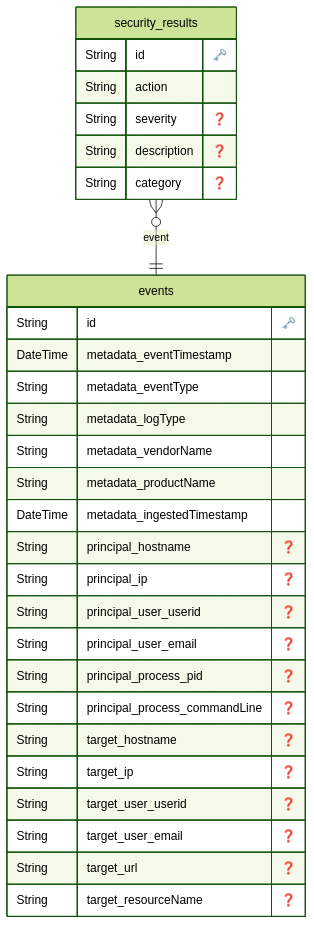
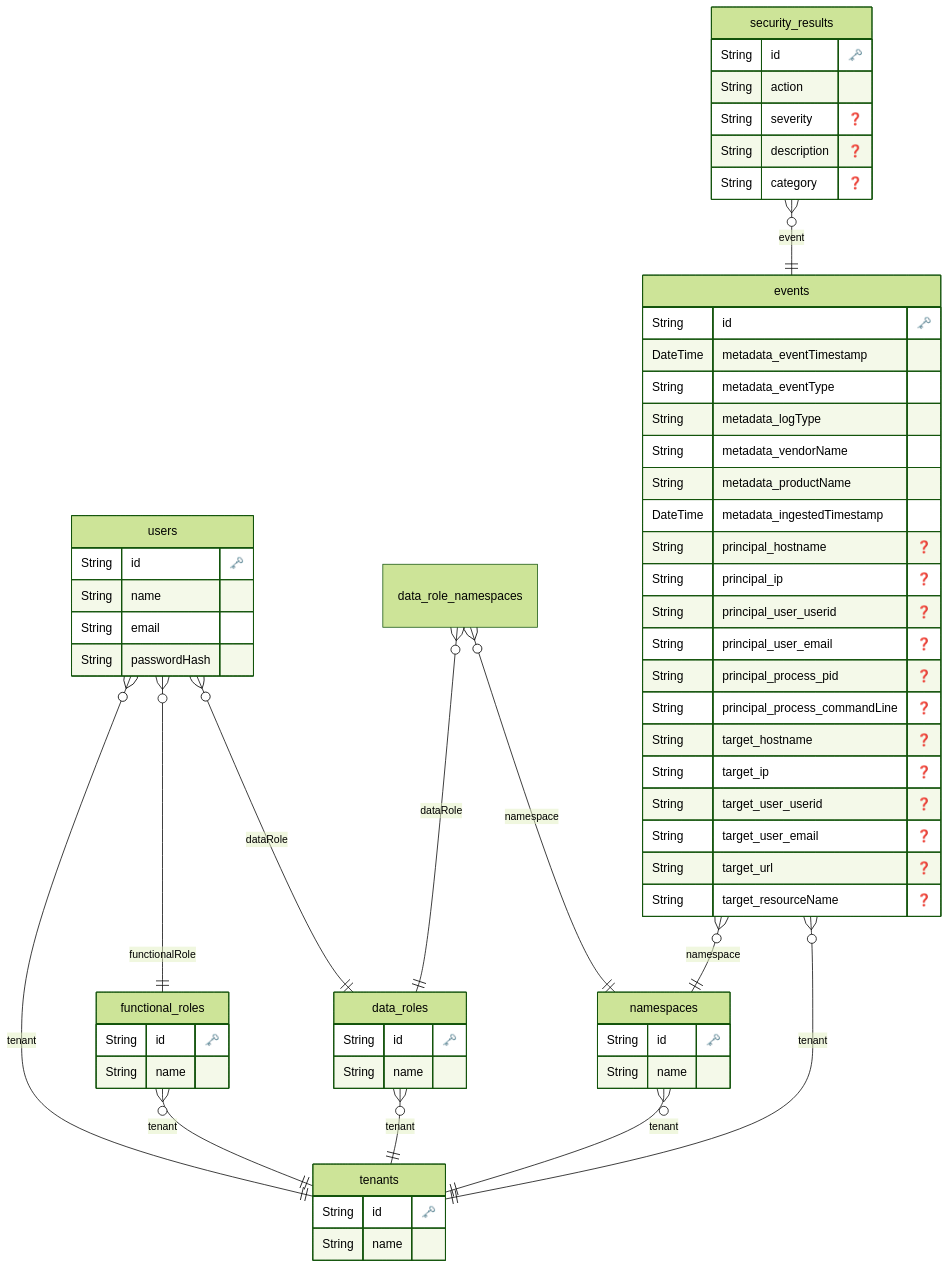
Before and after one commit to bird-dance-dev/log-search-platform: the diagram in backend/ERD.md, drawn with Mermaid (forest theme). The commit also changed 1 other file, not shown here.

Commit message:
RBAC機能・マルチテナント化のDB設計

````diff
--- a/backend/ERD.md
+++ b/backend/ERD.md
@@ -1,5 +1,42 @@
 ```mermaid
 erDiagram
+
+  "tenants" {
+    String id "🗝️"
+    String name 
+    }
+  
+
+  "users" {
+    String id "🗝️"
+    String name 
+    String email 
+    String passwordHash 
+    }
+  
+
+  "functional_roles" {
+    String id "🗝️"
+    String name 
+    }
+  
+
+  "data_roles" {
+    String id "🗝️"
+    String name 
+    }
+  
+
+  "namespaces" {
+    String id "🗝️"
+    String name 
+    }
+  
+
+  "data_role_namespaces" {
+
+    }
+  
 
   "events" {
     String id "🗝️"
@@ -32,5 +69,15 @@
     String category "❓"
     }
   
+    "users" }o--|| tenants : "tenant"
+    "users" }o--|| functional_roles : "functionalRole"
+    "users" }o--|| data_roles : "dataRole"
+    "functional_roles" }o--|| tenants : "tenant"
+    "data_roles" }o--|| tenants : "tenant"
+    "namespaces" }o--|| tenants : "tenant"
+    "data_role_namespaces" }o--|| data_roles : "dataRole"
+    "data_role_namespaces" }o--|| namespaces : "namespace"
+    "events" }o--|| tenants : "tenant"
+    "events" }o--|| namespaces : "namespace"
     "security_results" }o--|| events : "event"
 ```
````
